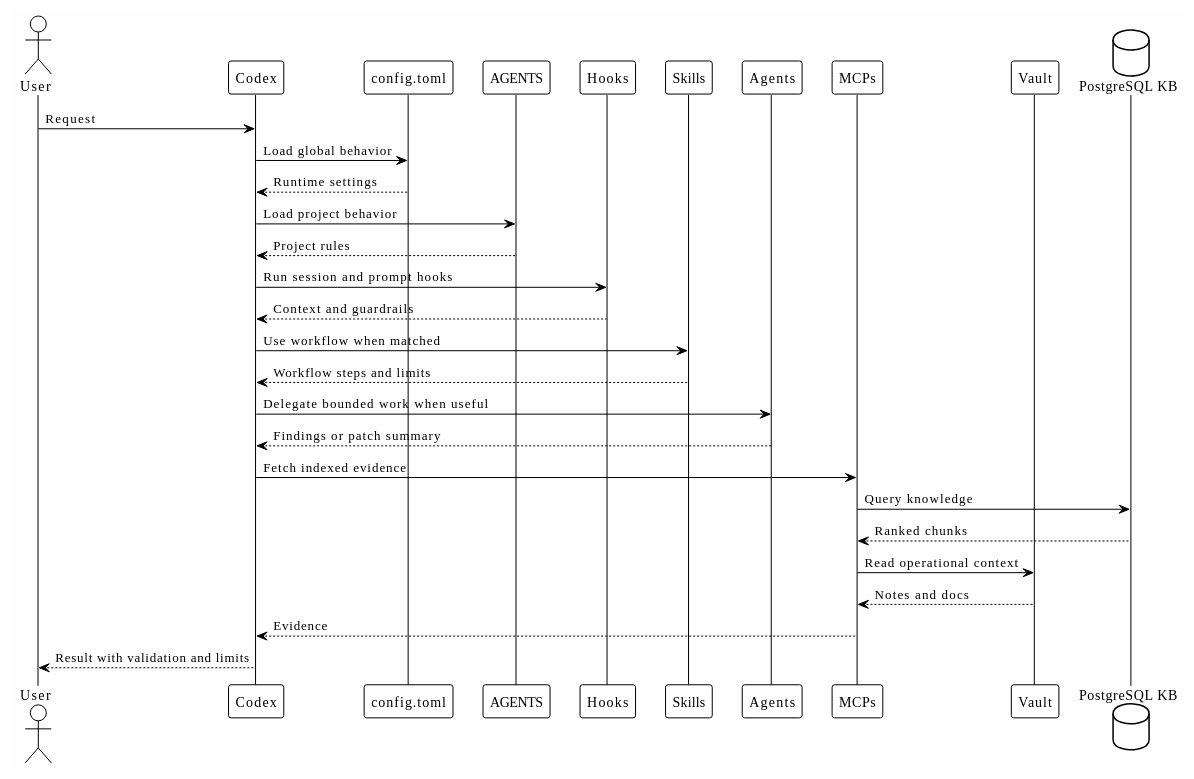
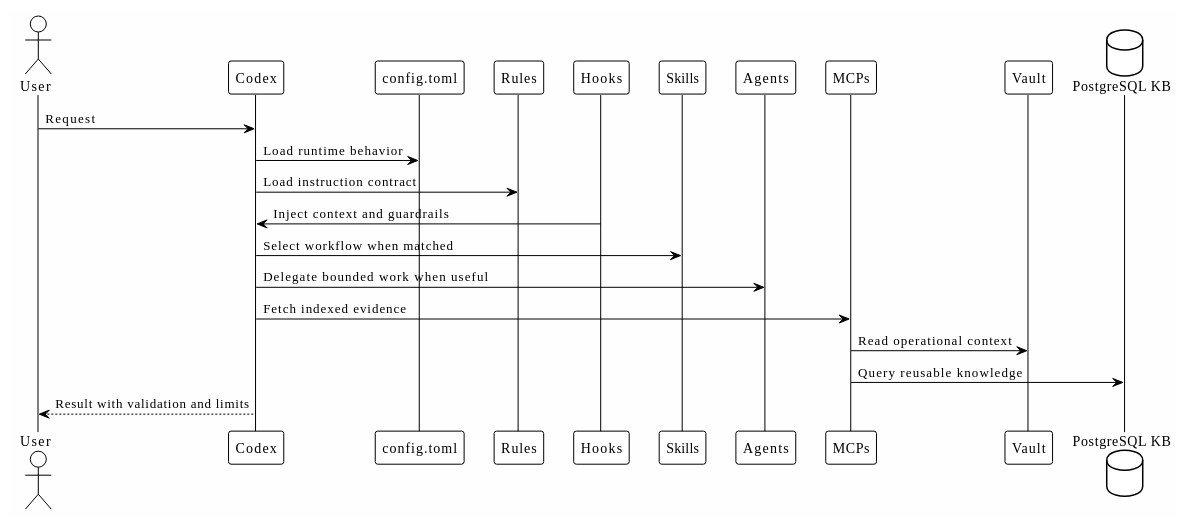
The diagram in docs/02-ecosystem-layers.md (ivanhoinacki/codex-workflow-workbook), drawn with PlantUML before and after one commit. The commit also changed other lines of this file and 39 other files, not shown here.

````diff
--- a/docs/02-ecosystem-layers.md
+++ b/docs/02-ecosystem-layers.md
@@ -50,36 +40,28 @@
 ```plantuml
 @startuml
 !theme plain
 skinparam backgroundColor #FEFEFE
 
 actor User
 participant Codex
 participant "config.toml" as Config
-participant AGENTS
+participant Rules
 participant Hooks
 participant Skills
 participant Agents
 participant MCPs
 participant Vault
 database "PostgreSQL KB" as DB
 
 User -> Codex: Request
-Codex -> Config: Load global behavior
-Config --> Codex: Runtime settings
-Codex -> AGENTS: Load project behavior
-AGENTS --> Codex: Project rules
-Codex -> Hooks: Run session and prompt hooks
-Hooks --> Codex: Context and guardrails
-Codex -> Skills: Use workflow when matched
-Skills --> Codex: Workflow steps and limits
+Codex -> Config: Load runtime behavior
+Codex -> Rules: Load instruction contract
+Hooks -> Codex: Inject context and guardrails
+Codex -> Skills: Select workflow when matched
 Codex -> Agents: Delegate bounded work when useful
-Agents --> Codex: Findings or patch summary
 Codex -> MCPs: Fetch indexed evidence
-MCPs -> DB: Query knowledge
-DB --> MCPs: Ranked chunks
 MCPs -> Vault: Read operational context
-Vault --> MCPs: Notes and docs
-MCPs --> Codex: Evidence
+MCPs -> DB: Query reusable knowledge
 Codex --> User: Result with validation and limits
 @enduml
 ```
````
